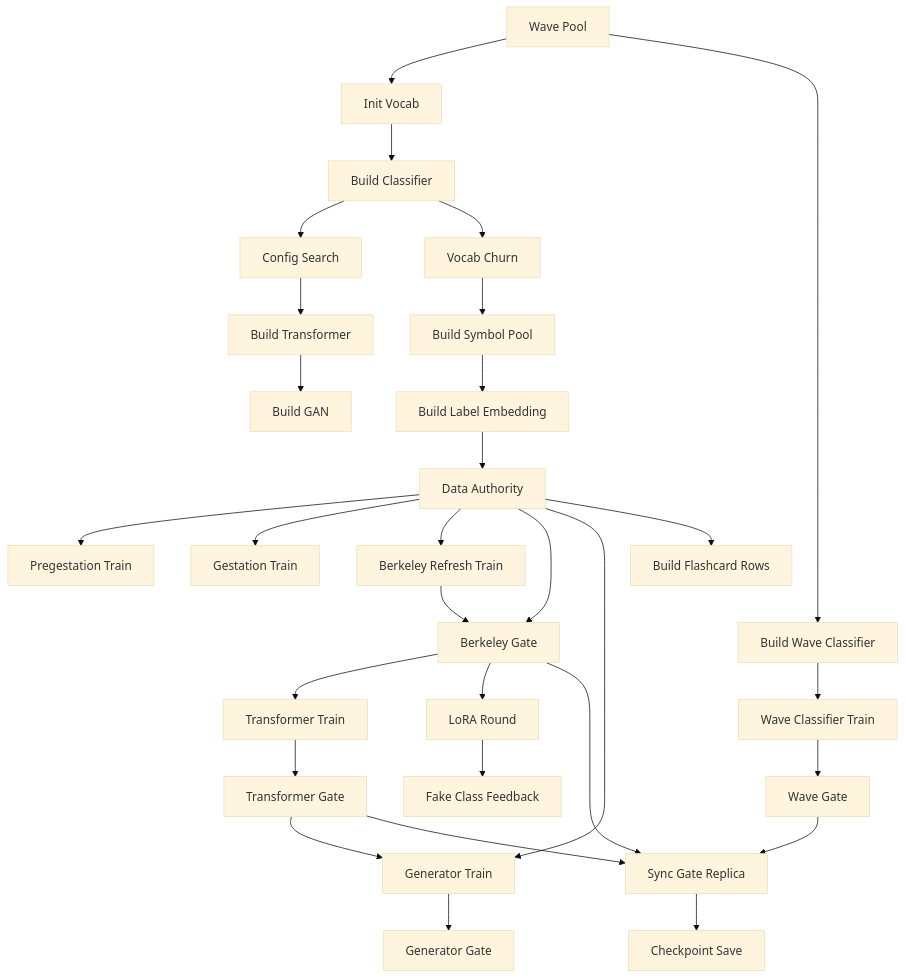
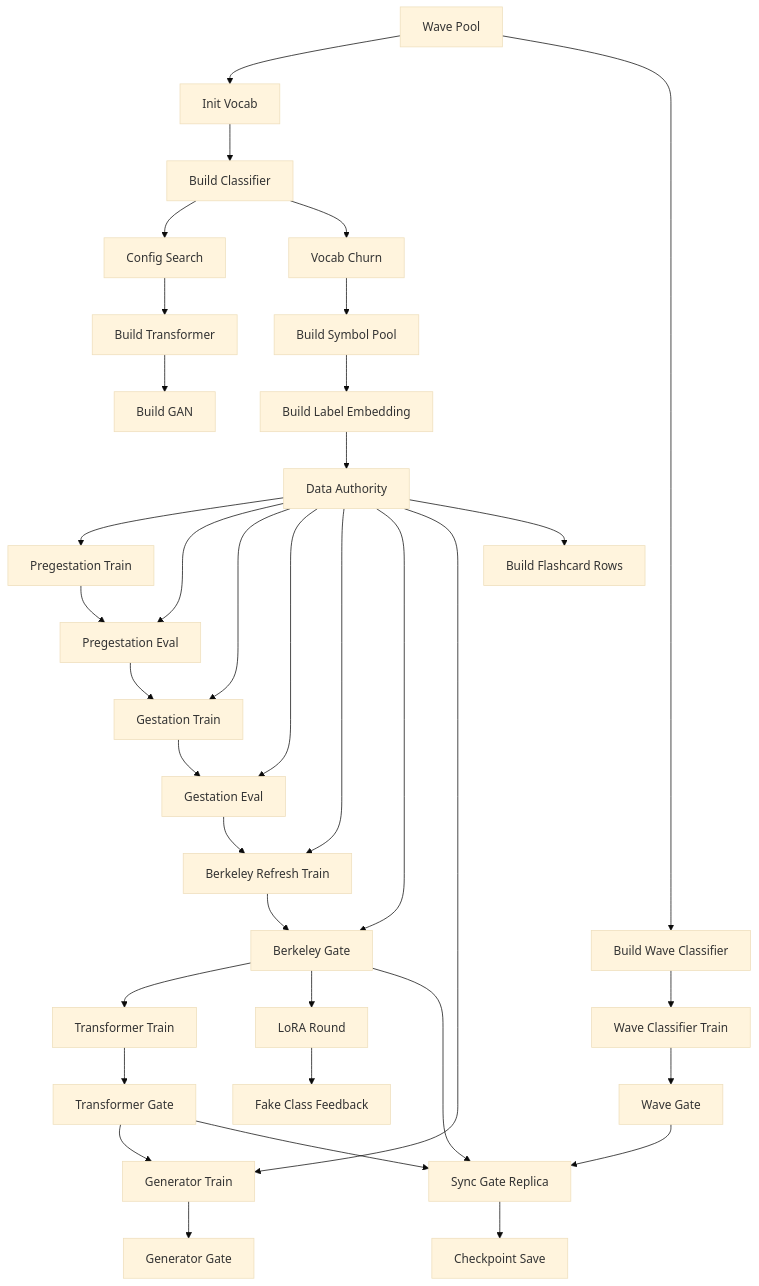
The third of 7 diagrams in README.md (sangderenard/meta-nn), drawn with Mermaid before and after one commit. The commit also changed other lines of this file and 9 other files, not shown here.

Commit message:
more mermaid oriented architectural changes

````diff
--- a/README.md
+++ b/README.md
@@ -150,60 +426,68 @@
 ```mermaid
 %%{init: {'theme':'base','flowchart':{'curve':'basis','htmlLabels':true}}}%%
 flowchart TD
     wave_pool["Wave Pool"]
     init_vocab["Init Vocab"]
     build_classifier["Build Classifier"]
     config_search["Config Search"]
     build_transformer["Build Transformer"]
     build_gan["Build GAN"]
     build_wave_classifier["Build Wave Classifier"]
     vocab_churn["Vocab Churn"]
     build_symbol_pool["Build Symbol Pool"]
     build_label_embedding["Build Label Embedding"]
     build_flashcard_rows["Build Flashcard Rows"]
     data_node["Data Authority"]
     stage_0_pregestation["Pregestation Train"]
     stage_1_gestation["Gestation Train"]
     stage_2_berkeley["Berkeley Refresh Train"]
     stage_r_transformer["Transformer Train"]
     stage_g_generator["Generator Train"]
     stage_w_wave_classifier["Wave Classifier Train"]
     stage_c_lora["LoRA Round"]
     stage_fake_feedback["Fake Class Feedback"]
+    gate_0_pregestation_eval["Pregestation Eval"]
+    gate_1_gestation_eval["Gestation Eval"]
     gate_berkeley["Berkeley Gate"]
     gate_transformer["Transformer Gate"]
     gate_generator["Generator Gate"]
     gate_wave["Wave Gate"]
     sync_gate_replica["Sync Gate Replica"]
     checkpoint_save["Checkpoint Save"]
 
     wave_pool --> init_vocab
     init_vocab --> build_classifier
     build_classifier --> config_search
     config_search --> build_transformer
     build_transformer --> build_gan
     wave_pool --> build_wave_classifier
     build_classifier --> vocab_churn
     vocab_churn --> build_symbol_pool
     build_symbol_pool --> build_label_embedding
     build_label_embedding --> data_node
     data_node --> stage_0_pregestation
+    data_node --> gate_0_pregestation_eval
     data_node --> stage_1_gestation
+    data_node --> gate_1_gestation_eval
     data_node --> stage_2_berkeley
     data_node --> gate_berkeley
     data_node --> stage_g_generator
     data_node --> build_flashcard_rows
+    stage_0_pregestation --> gate_0_pregestation_eval
+    gate_0_pregestation_eval --> stage_1_gestation
+    stage_1_gestation --> gate_1_gestation_eval
+    gate_1_gestation_eval --> stage_2_berkeley
     stage_2_berkeley --> gate_berkeley
     gate_berkeley --> stage_r_transformer
     stage_r_transformer --> gate_transformer
     gate_transformer --> stage_g_generator
     stage_g_generator --> gate_generator
     gate_berkeley --> stage_c_lora
     stage_c_lora --> stage_fake_feedback
     build_wave_classifier --> stage_w_wave_classifier
     stage_w_wave_classifier --> gate_wave
     gate_wave --> sync_gate_replica
     gate_transformer --> sync_gate_replica
     gate_berkeley --> sync_gate_replica
     sync_gate_replica --> checkpoint_save
 ```
````
